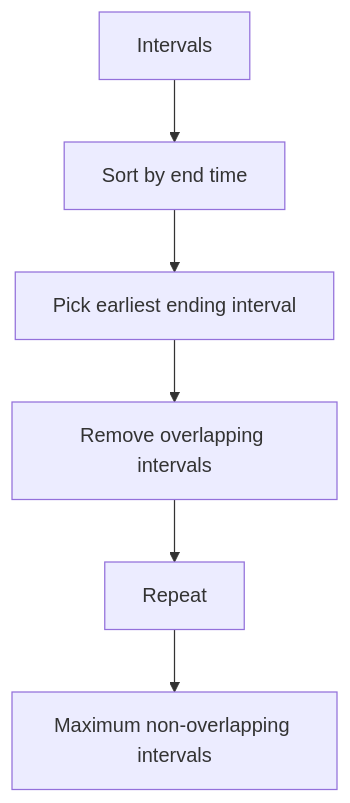
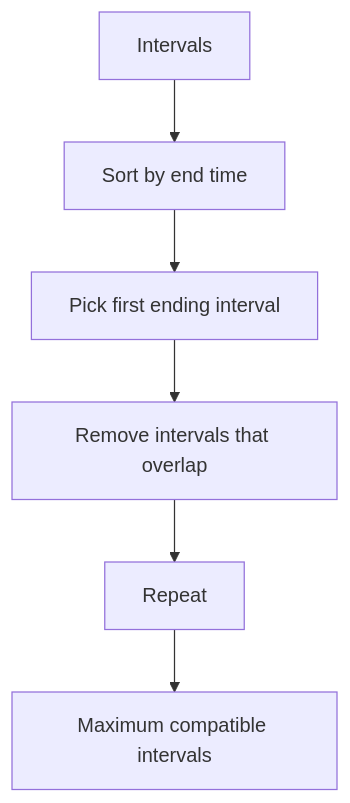
One commit to mthaiseer/springcloud-systemdesign-notes changed the fifth of 22 diagrams in CP_DSA_NOTES/CONCEPT_FRAMEWORK_FORMS_TATICS/010_GREEDY_CFFT.md. Above: the diagram before and after it, drawn with Mermaid. The commit also changed other lines of this file and 1 other file, not shown here.

````diff
--- a/CP_DSA_NOTES/CONCEPT_FRAMEWORK_FORMS_TATICS/010_GREEDY_CFFT.md
+++ b/CP_DSA_NOTES/CONCEPT_FRAMEWORK_FORMS_TATICS/010_GREEDY_CFFT.md
@@ -193,8 +267,8 @@
 ```mermaid
 flowchart TD
     A[Intervals] --> B[Sort by end time]
-    B --> C[Pick earliest ending interval]
-    C --> D[Remove overlapping intervals]
+    B --> C[Pick first ending interval]
+    C --> D[Remove intervals that overlap]
     D --> E[Repeat]
-    E --> F[Maximum non-overlapping intervals]
+    E --> F[Maximum compatible intervals]
 ```
````
